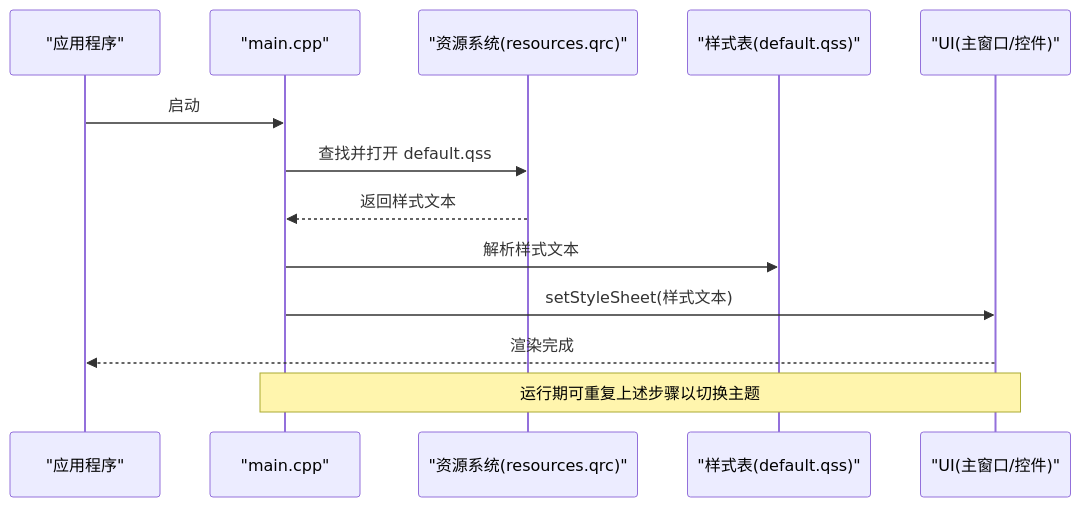
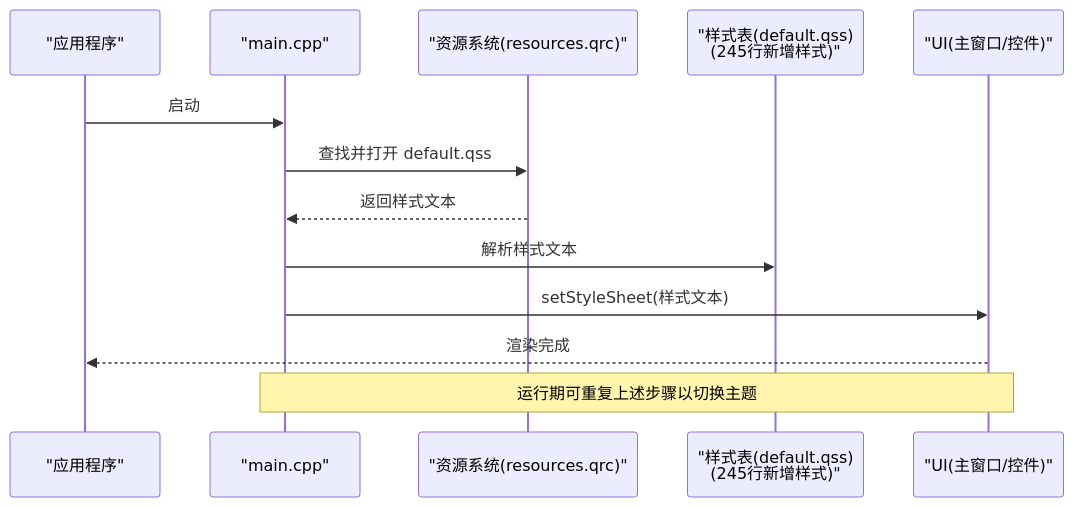
One commit to jakecai1225-design/OpenBus changed the second of 4 diagrams in .qoder/repowiki/zh/content/样式系统.md. Above: the diagram before and after it, drawn with Mermaid. The commit also changed other lines of this file and 31 other files, not shown here.

````diff
--- a/.qoder/repowiki/zh/content/样式系统.md
+++ b/.qoder/repowiki/zh/content/样式系统.md
@@ -98,15 +99,15 @@
 ```mermaid
 sequenceDiagram
 participant App as "应用程序"
 participant Main as "main.cpp"
 participant Res as "资源系统(resources.qrc)"
-participant QSS as "样式表(default.qss)"
+participant QSS as "样式表(default.qss)<br/>(245行新增样式)"
 participant UI as "UI(主窗口/控件)"
 App->>Main : 启动
 Main->>Res : 查找并打开 default.qss
 Res-->>Main : 返回样式文本
 Main->>QSS : 解析样式文本
 Main->>UI : setStyleSheet(样式文本)
 UI-->>App : 渲染完成
 Note over Main,UI : 运行期可重复上述步骤以切换主题
 ```
````
